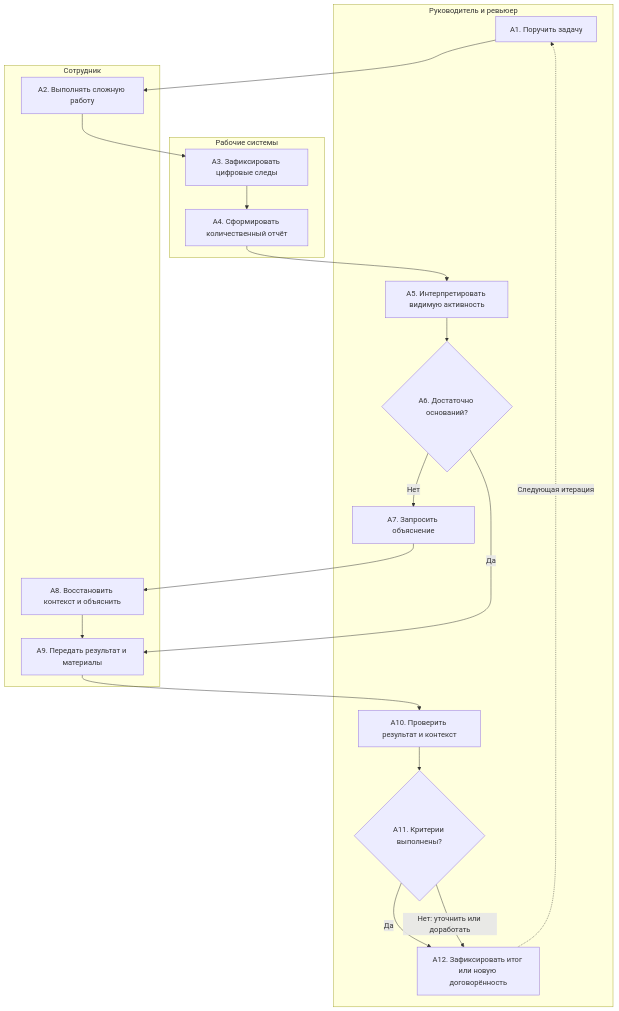
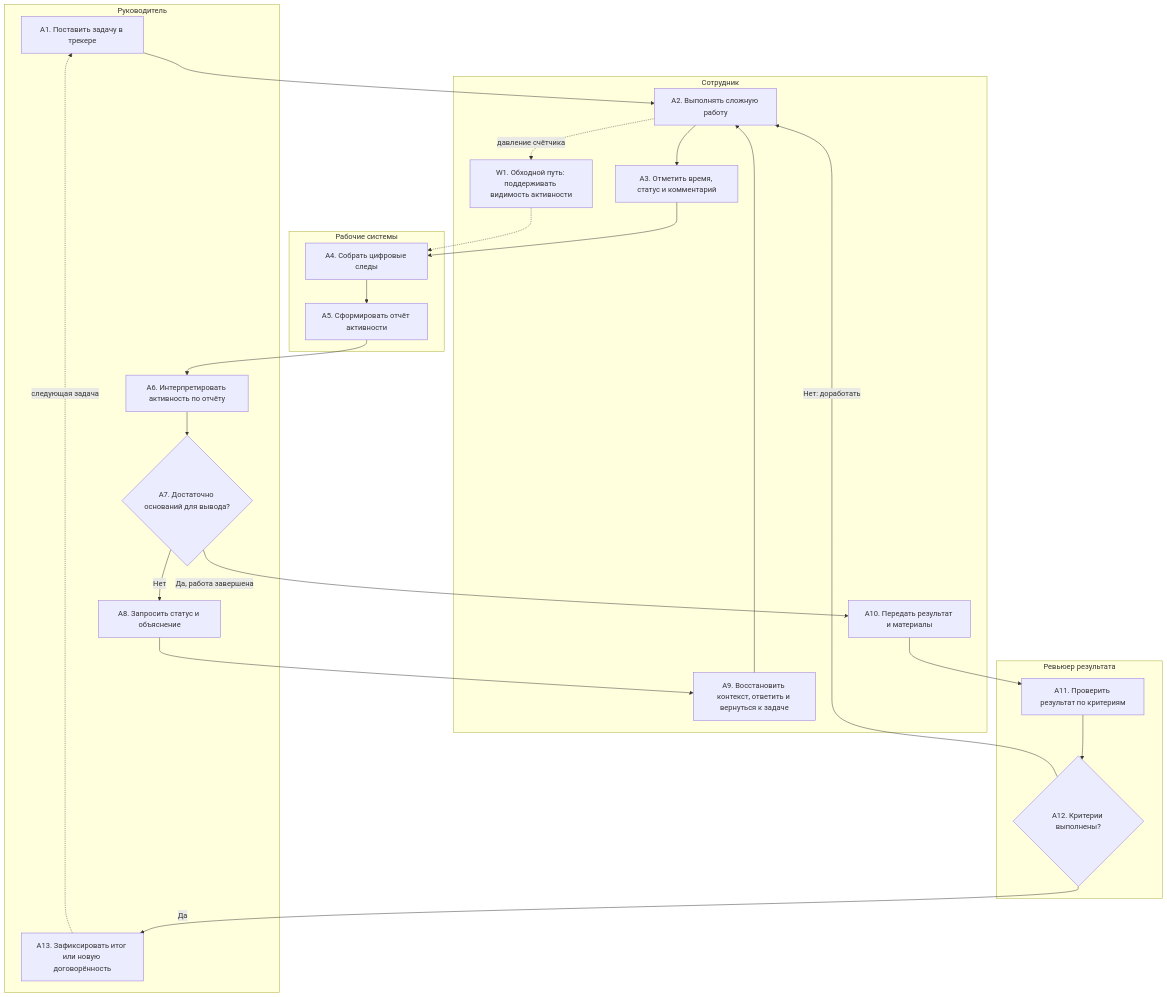
One commit to hrtech2026/team-performance-02 changed the diagram in docs/02_asis_analysis.md. Above: the diagram before and after it, drawn with Mermaid. The commit also changed other lines of this file, not shown here.

````diff
--- a/docs/02_asis_analysis.md
+++ b/docs/02_asis_analysis.md
@@ -23,28 +32,34 @@
 ```mermaid
 flowchart TD
-  subgraph Lead[Руководитель и ревьюер]
-    A1["A1. Поручить задачу"]
-    A5["A5. Интерпретировать видимую активность"]
-    A6{"A6. Достаточно оснований?"}
-    A7["A7. Запросить объяснение"]
-    A10["A10. Проверить результат и контекст"]
-    A11{"A11. Критерии выполнены?"}
-    A12["A12. Зафиксировать итог или новую договорённость"]
+  subgraph Lead["Руководитель"]
+    A1["A1. Поставить задачу в трекере"]
+    A6["A6. Интерпретировать активность по отчёту"]
+    A7{"A7. Достаточно оснований для вывода?"}
+    A8["A8. Запросить статус и объяснение"]
+    A13["A13. Зафиксировать итог или новую договорённость"]
   end
-  subgraph Worker[Сотрудник]
+  subgraph Worker["Сотрудник"]
     A2["A2. Выполнять сложную работу"]
-    A8["A8. Восстановить контекст и объяснить"]
-    A9["A9. Передать результат и материалы"]
+    A3["A3. Отметить время, статус и комментарий"]
+    W1["W1. Обходной путь: поддерживать видимость активности"]
+    A9["A9. Восстановить контекст, ответить и вернуться к задаче"]
+    A10["A10. Передать результат и материалы"]
   end
-  subgraph Systems[Рабочие системы]
-    A3["A3. Зафиксировать цифровые следы"]
-    A4["A4. Сформировать количественный отчёт"]
+  subgraph Reviewer["Ревьюер результата"]
+    A11["A11. Проверить результат по критериям"]
+    A12{"A12. Критерии выполнены?"}
   end
-  A1 --> A2 --> A3 --> A4 --> A5 --> A6
-  A6 -->|Нет| A7 --> A8 --> A9
-  A6 -->|Да| A9
-  A9 --> A10 --> A11
-  A11 -->|Да| A12
-  A11 -->|Нет: уточнить или доработать| A12
-  A12 -.->|Следующая итерация| A1
+  subgraph Systems["Рабочие системы"]
+    A4["A4. Собрать цифровые следы"]
+    A5["A5. Сформировать отчёт активности"]
+  end
+  A1 --> A2 --> A3 --> A4 --> A5 --> A6 --> A7
+  A2 -.->|давление счётчика| W1
+  W1 -.-> A4
+  A7 -->|Нет| A8 --> A9 --> A2
+  A7 -->|Да, работа завершена| A10
+  A10 --> A11 --> A12
+  A12 -->|Да| A13
+  A12 -->|Нет: доработать| A2
+  A13 -.->|следующая задача| A1
 ```
````
